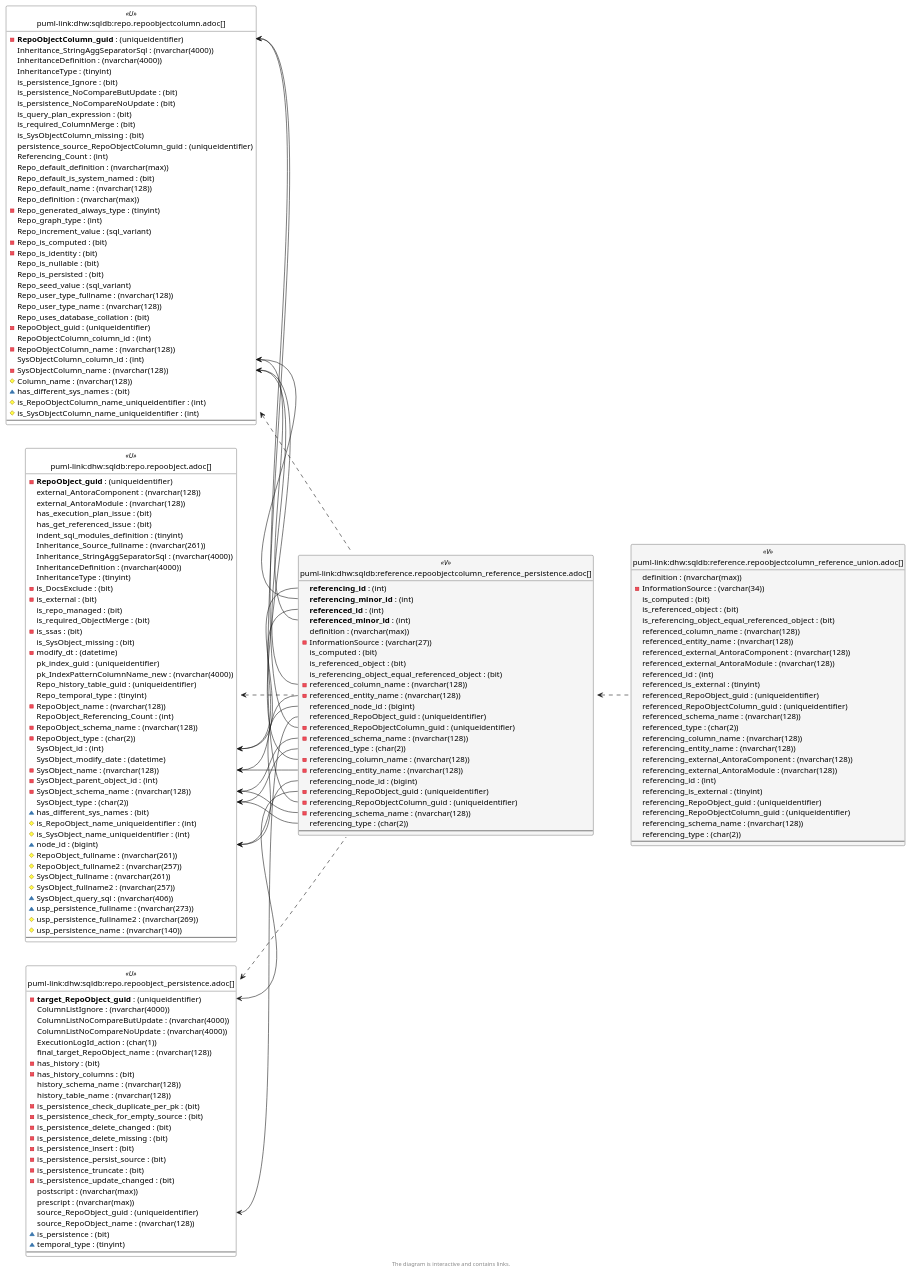
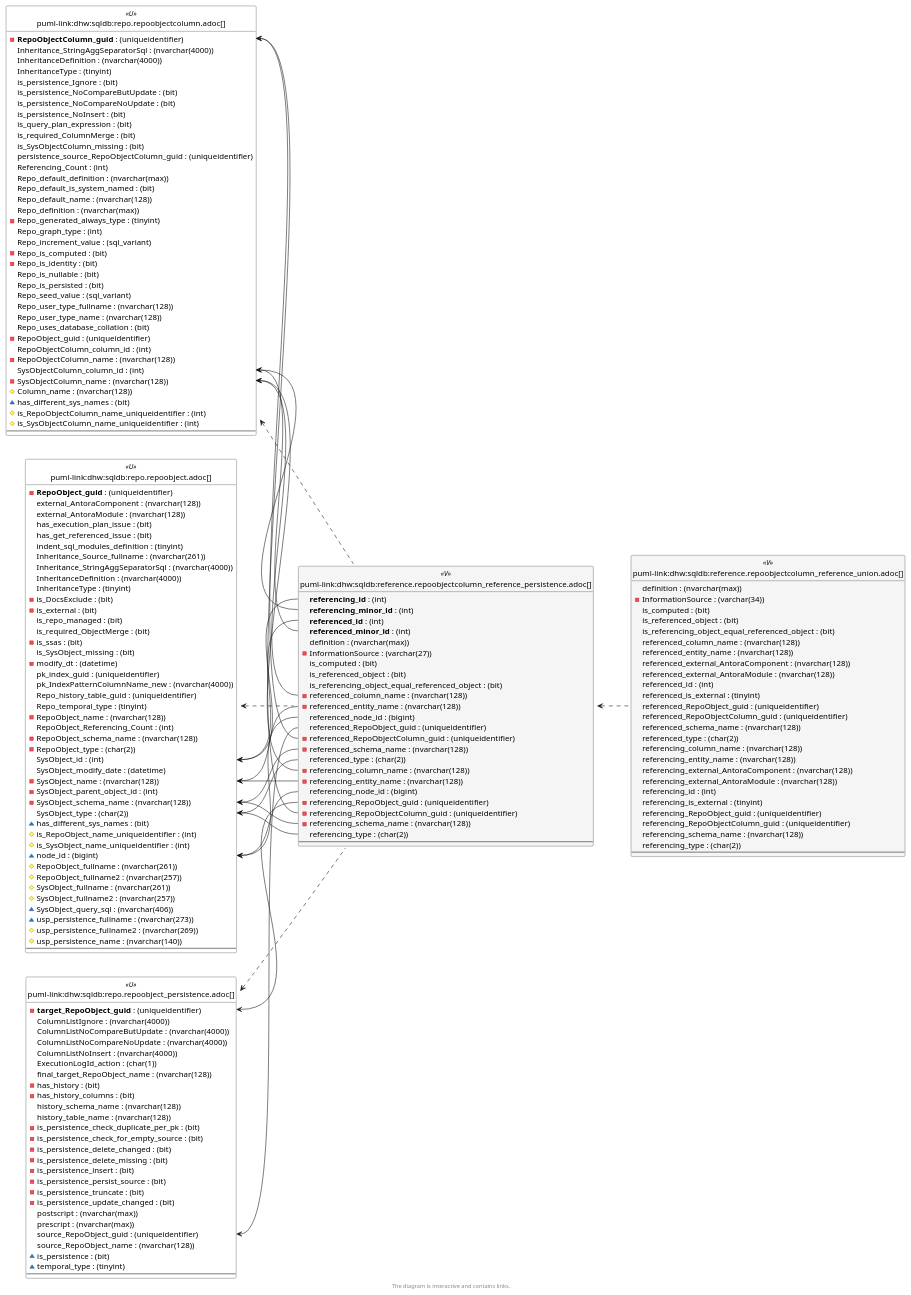
The sixth of 6 diagrams in docs/modules/sqldb/partials/content/reference.repoobjectcolumn_reference_persistence.adoc (DataHandwerk/dhw-antora-sqldb), drawn with PlantUML before and after one commit. The commit also changed other lines of this file and 701 other files, not shown here.

```diff
--- a/docs/modules/sqldb/partials/content/reference.repoobjectcolumn_reference_persistence.adoc
+++ b/docs/modules/sqldb/partials/content/reference.repoobjectcolumn_reference_persistence.adoc
@@ -2293,6 +2311,7 @@
   ColumnListIgnore : (nvarchar(4000))
   ColumnListNoCompareButUpdate : (nvarchar(4000))
   ColumnListNoCompareNoUpdate : (nvarchar(4000))
+  ColumnListNoInsert : (nvarchar(4000))
   ExecutionLogId_action : (char(1))
   final_target_RepoObject_name : (nvarchar(128))
   - has_history : (bit)
@@ -2324,6 +2343,7 @@
   is_persistence_Ignore : (bit)
   is_persistence_NoCompareButUpdate : (bit)
   is_persistence_NoCompareNoUpdate : (bit)
+  is_persistence_NoInsert : (bit)
   is_query_plan_expression : (bit)
   is_required_ColumnMerge : (bit)
   is_SysObjectColumn_missing : (bit)
@@ -2360,20 +2380,20 @@
 repo.RepoObject <.. reference.RepoObjectColumn_reference_Persistence
 repo.RepoObject_persistence <.. reference.RepoObjectColumn_reference_Persistence
 repo.RepoObjectColumn <.. reference.RepoObjectColumn_reference_Persistence
+"repo.RepoObject::node_id" <-- "reference.RepoObjectColumn_reference_Persistence::referenced_node_id"
 "repo.RepoObject::node_id" <-- "reference.RepoObjectColumn_reference_Persistence::referencing_node_id"
-"repo.RepoObject::node_id" <-- "reference.RepoObjectColumn_reference_Persistence::referenced_node_id"
 "repo.RepoObject::SysObject_id" <-- "reference.RepoObjectColumn_reference_Persistence::referenced_id"
 "repo.RepoObject::SysObject_id" <-- "reference.RepoObjectColumn_reference_Persistence::referencing_id"
 "repo.RepoObject::SysObject_name" <-- "reference.RepoObjectColumn_reference_Persistence::referenced_entity_name"
 "repo.RepoObject::SysObject_name" <-- "reference.RepoObjectColumn_reference_Persistence::referencing_entity_name"
+"repo.RepoObject::SysObject_schema_name" <-- "reference.RepoObjectColumn_reference_Persistence::referenced_schema_name"
 "repo.RepoObject::SysObject_schema_name" <-- "reference.RepoObjectColumn_reference_Persistence::referencing_schema_name"
-"repo.RepoObject::SysObject_schema_name" <-- "reference.RepoObjectColumn_reference_Persistence::referenced_schema_name"
 "repo.RepoObject::SysObject_type" <-- "reference.RepoObjectColumn_reference_Persistence::referenced_type"
 "repo.RepoObject::SysObject_type" <-- "reference.RepoObjectColumn_reference_Persistence::referencing_type"
 "repo.RepoObject_persistence::source_RepoObject_guid" <-- "reference.RepoObjectColumn_reference_Persistence::referenced_RepoObject_guid"
 "repo.RepoObject_persistence::target_RepoObject_guid" <-- "reference.RepoObjectColumn_reference_Persistence::referencing_RepoObject_guid"
+"repo.RepoObjectColumn::RepoObjectColumn_guid" <-- "reference.RepoObjectColumn_reference_Persistence::referenced_RepoObjectColumn_guid"
 "repo.RepoObjectColumn::RepoObjectColumn_guid" <-- "reference.RepoObjectColumn_reference_Persistence::referencing_RepoObjectColumn_guid"
-"repo.RepoObjectColumn::RepoObjectColumn_guid" <-- "reference.RepoObjectColumn_reference_Persistence::referenced_RepoObjectColumn_guid"
 "repo.RepoObjectColumn::SysObjectColumn_column_id" <-- "reference.RepoObjectColumn_reference_Persistence::referenced_minor_id"
 "repo.RepoObjectColumn::SysObjectColumn_column_id" <-- "reference.RepoObjectColumn_reference_Persistence::referencing_minor_id"
 "repo.RepoObjectColumn::SysObjectColumn_name" <-- "reference.RepoObjectColumn_reference_Persistence::referenced_column_name"
```
